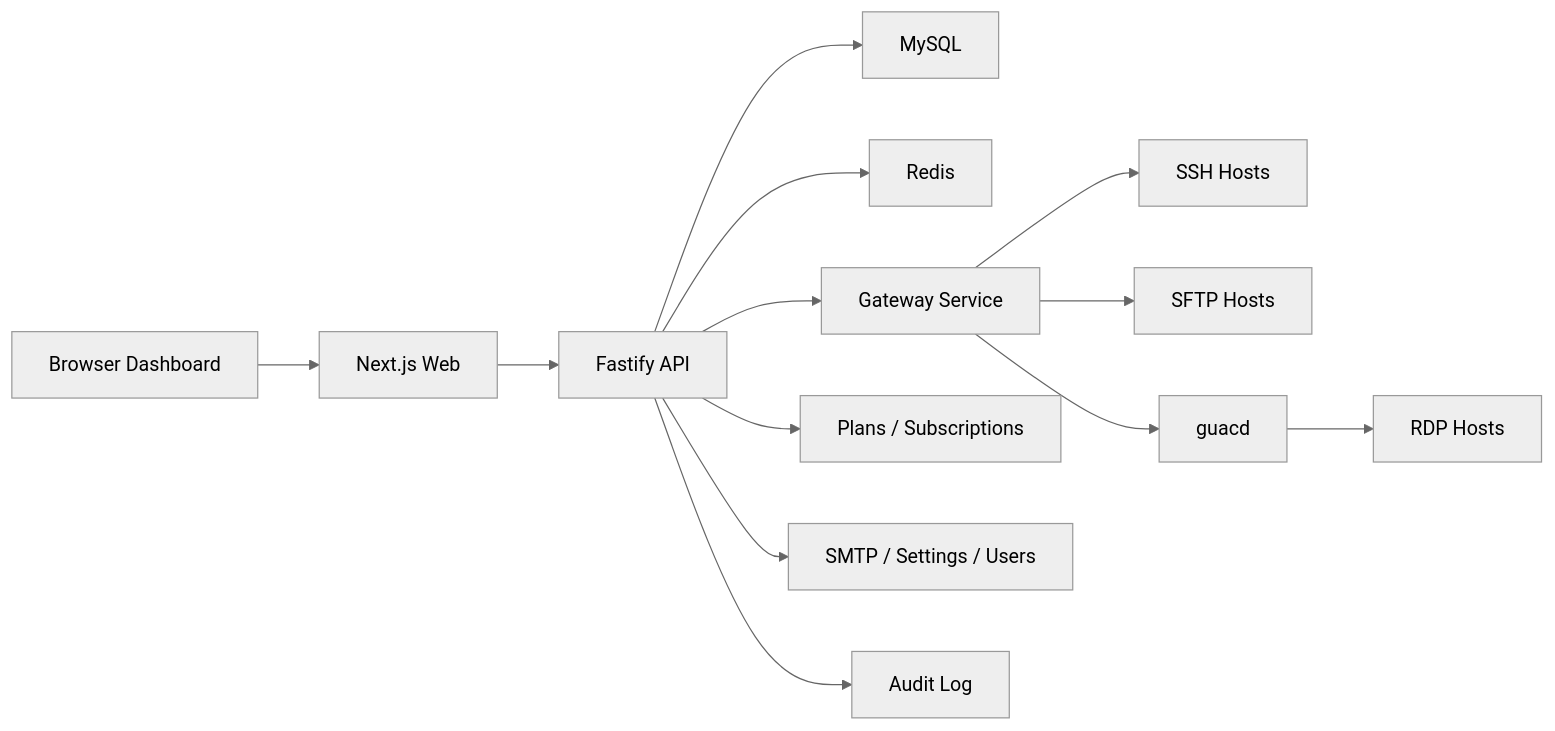
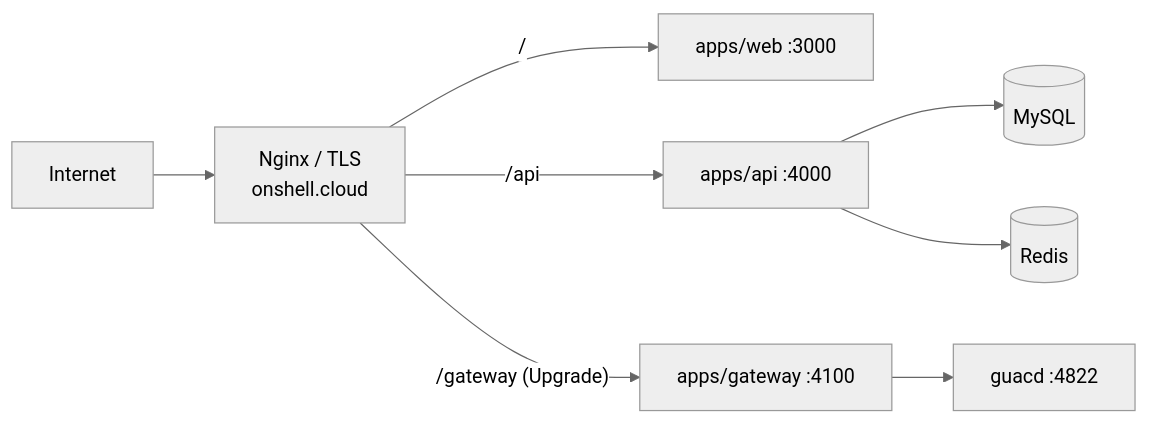
The third of 3 diagrams in docs/architecture.md (latifurrahmanlemon/onshell.cloud), drawn with Mermaid (neutral theme) before and after one commit. The commit also changed other lines of this file and 2 other files, not shown here.

First line of the commit message:
docs: describe the real architecture and trust model for a public repository

````diff
--- a/docs/architecture.md
+++ b/docs/architecture.md
@@ -5,15 +204,10 @@
 ```mermaid
 flowchart LR
-  Browser["Browser Dashboard"] --> Web["Next.js Web"]
-  Web --> API["Fastify API"]
-  API --> MySQL["MySQL"]
-  API --> Redis["Redis"]
-  API --> Gateway["Gateway Service"]
-  Gateway --> SSH["SSH Hosts"]
-  Gateway --> SFTP["SFTP Hosts"]
-  Gateway --> Guacd["guacd"]
-  Guacd --> RDP["RDP Hosts"]
-  API --> Billing["Plans / Subscriptions"]
-  API --> Admin["SMTP / Settings / Users"]
-  API --> Audit["Audit Log"]
+  Net["Internet"] --> Nginx["Nginx / TLS<br/>onshell.cloud"]
+  Nginx -->|"/"| Web["apps/web :3000"]
+  Nginx -->|"/api"| API["apps/api :4000"]
+  Nginx -->|"/gateway (Upgrade)"| GW["apps/gateway :4100"]
+  API --> MySQL[("MySQL")]
+  API --> Redis[("Redis")]
+  GW --> Guacd["guacd :4822"]
 ```
````
